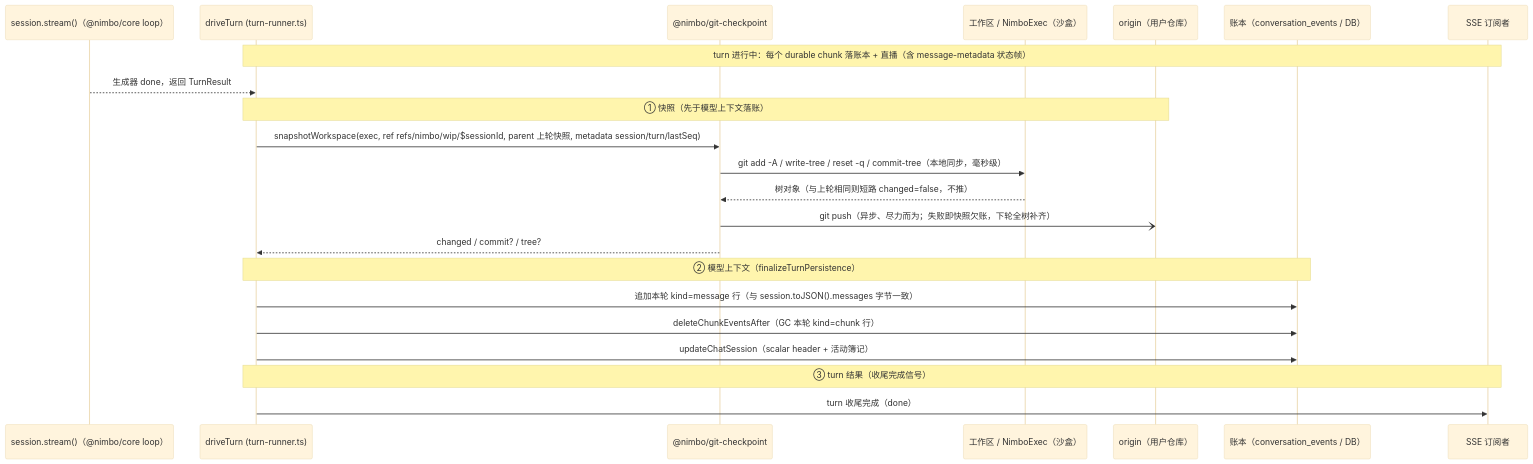
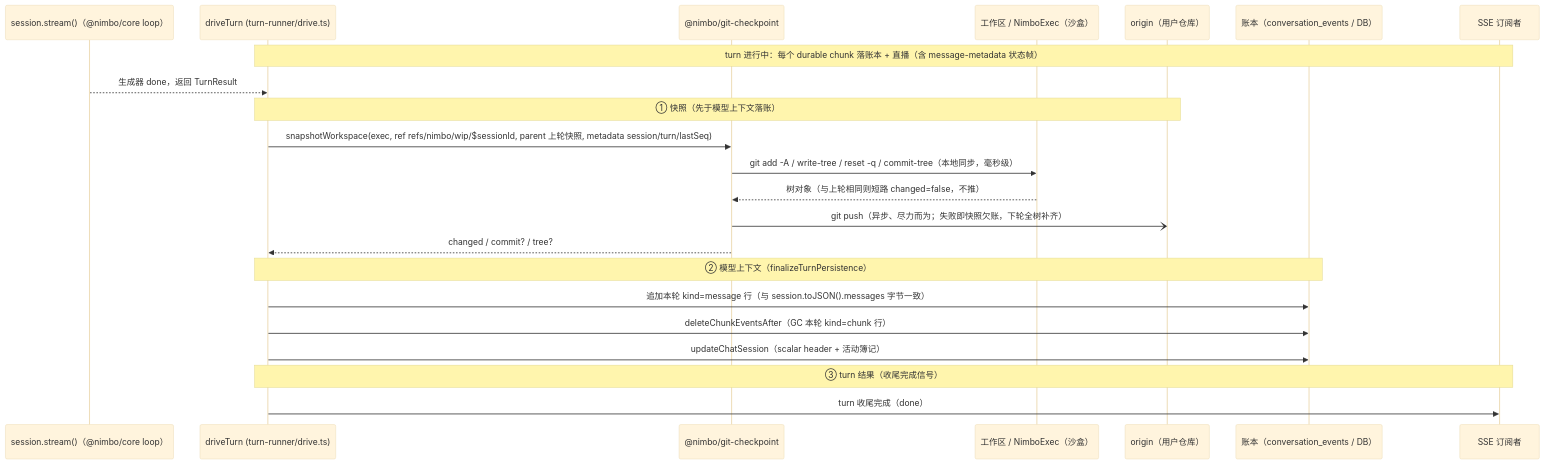
One commit to ludafa/runko changed the first of 2 diagrams in docs/tech/turn-checkpoint.md. Above: the diagram before and after it, drawn with Mermaid (base theme). The commit also changed other lines of this file and 48 other files, not shown here.

First line of the commit message:
refactor(node-server): turn-runner 按一轮的生命周期拆成目录

````diff
--- a/docs/tech/turn-checkpoint.md
+++ b/docs/tech/turn-checkpoint.md
@@ -24,28 +24,28 @@
 ```mermaid
 sequenceDiagram
     participant Core as session.stream()（@nimbo/core loop）
-    participant Drive as driveTurn (turn-runner.ts)
+    participant Drive as driveTurn (turn-runner/drive.ts)
     participant CP as @nimbo/git-checkpoint
     participant Exec as 工作区 / NimboExec（沙盒）
     participant Origin as origin（用户仓库）
     participant Ledger as 账本（conversation_events / DB）
     participant Client as SSE 订阅者
 
     Note over Drive,Client: turn 进行中：每个 durable chunk 落账本 + 直播（含 message-metadata 状态帧）
     Core-->>Drive: 生成器 done，返回 TurnResult
 
     Note over Drive,Origin: ① 快照（先于模型上下文落账）
     Drive->>CP: snapshotWorkspace(exec, ref refs/nimbo/wip/$sessionId, parent 上轮快照, metadata session/turn/lastSeq)
     CP->>Exec: git add -A / write-tree / reset -q / commit-tree（本地同步，毫秒级）
     Exec-->>CP: 树对象（与上轮相同则短路 changed=false，不推）
     CP-)Origin: git push（异步、尽力而为；失败即快照欠账，下轮全树补齐）
     CP-->>Drive: changed / commit? / tree?
 
     Note over Drive,Ledger: ② 模型上下文（finalizeTurnPersistence）
     Drive->>Ledger: 追加本轮 kind=message 行（与 session.toJSON().messages 字节一致）
     Drive->>Ledger: deleteChunkEventsAfter（GC 本轮 kind=chunk 行）
     Drive->>Ledger: updateChatSession（scalar header + 活动簿记）
 
     Note over Drive,Client: ③ turn 结果（收尾完成信号）
     Drive->>Client: turn 收尾完成（done）
 ```
````
